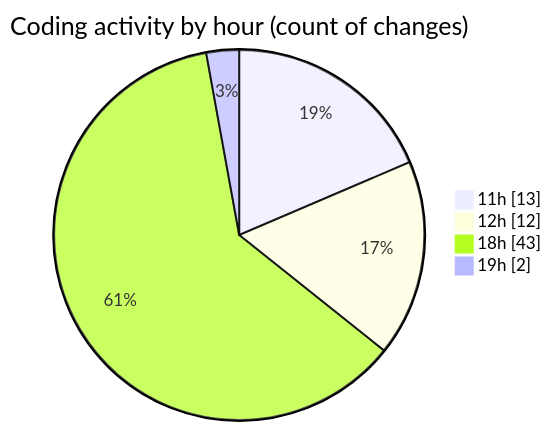
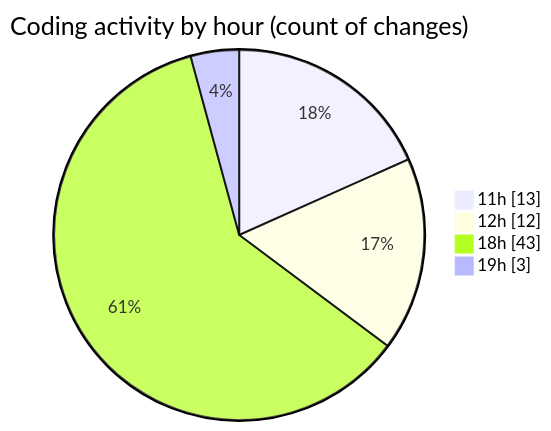
The second of 2 diagrams in 2025-01-25/termonied-web/README.md (robertbonfada/code-tracking), drawn with Mermaid before and after one commit. The commit also changed other lines of this file and 1 other file, not shown here.

````diff
--- a/2025-01-25/termonied-web/README.md
+++ b/2025-01-25/termonied-web/README.md
@@ -53,8 +53,8 @@
 ```mermaid
 pie showData
 title Coding activity by hour (count of changes)
 "11h" : 13
 "12h" : 12
 "18h" : 43
-"19h" : 2
+"19h" : 3
 ```
````
